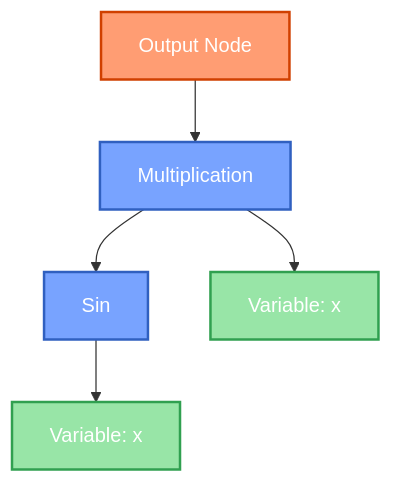
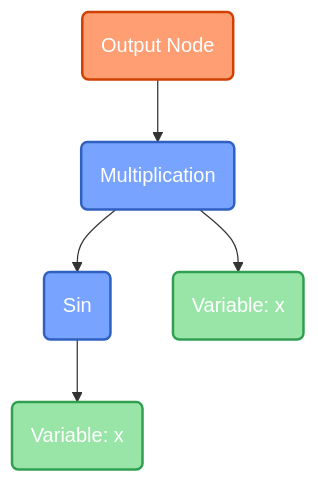
One commit to rdguerrerom/AutoDiff changed the third of 5 diagrams in README.md. Above: the diagram before and after it, drawn with Mermaid. The commit also changed other lines of this file, not shown here.

````diff
--- a/README.md
+++ b/README.md
@@ -153,15 +153,15 @@
 ```mermaid
-graph TD
-    A["Output Node"] --> B["Multiplication"]
-    B --> C["Sin"]
-    B --> D["Variable: x"]
-    C --> E["Variable: x"]
+flowchart TD
+    A("Output Node") --> B("Multiplication")
+    B --> C("Sin")
+    B --> D("Variable: x")
+    C --> E("Variable: x")
     
     classDef output fill:#ff9d73,stroke:#d04000,stroke-width:2px,color:#fff
     classDef operation fill:#78a3ff,stroke:#3060c0,stroke-width:2px,color:#fff
     classDef variable fill:#98e5a7,stroke:#30a050,stroke-width:2px,color:#fff
     
     class A output
     class B,C operation
     class D,E variable
 ```
````
